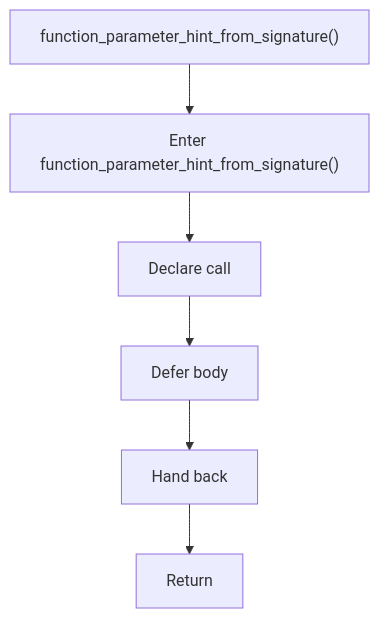
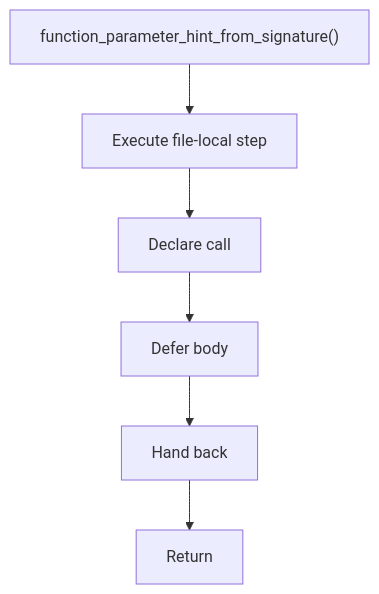
The diagram in docs/Codebase/Microservice/Modules/Header/SyntacticBrokenAST/Analysis/ImplementationUse/Resolution/Symbols/Internal/Flow/functions/function_parameter_hint_from_signature.hpp.md (JohnAndrewBalbarosa/NeoTerritory), drawn with Mermaid before and after one commit. The commit also changed other lines of this file and 925 other files, not shown here.

````diff
--- a/docs/Codebase/Microservice/Modules/Header/SyntacticBrokenAST/Analysis/ImplementationUse/Resolution/Symbols/Internal/Flow/functions/function_parameter_hint_from_signature.hpp.md
+++ b/docs/Codebase/Microservice/Modules/Header/SyntacticBrokenAST/Analysis/ImplementationUse/Resolution/Symbols/Internal/Flow/functions/function_parameter_hint_from_signature.hpp.md
@@ -16,14 +16,14 @@
 ```mermaid
 flowchart TD
     Start["function_parameter_hint_from_signature()"]
-    N0["Enter function_parameter_hint_from_signature()"]
+    N0["Execute file-local step"]
     N1["Declare call"]
     N2["Defer body"]
     N3["Hand back"]
     End["Return"]
     Start --> N0
     N0 --> N1
     N1 --> N2
     N2 --> N3
     N3 --> End
 ```
````
